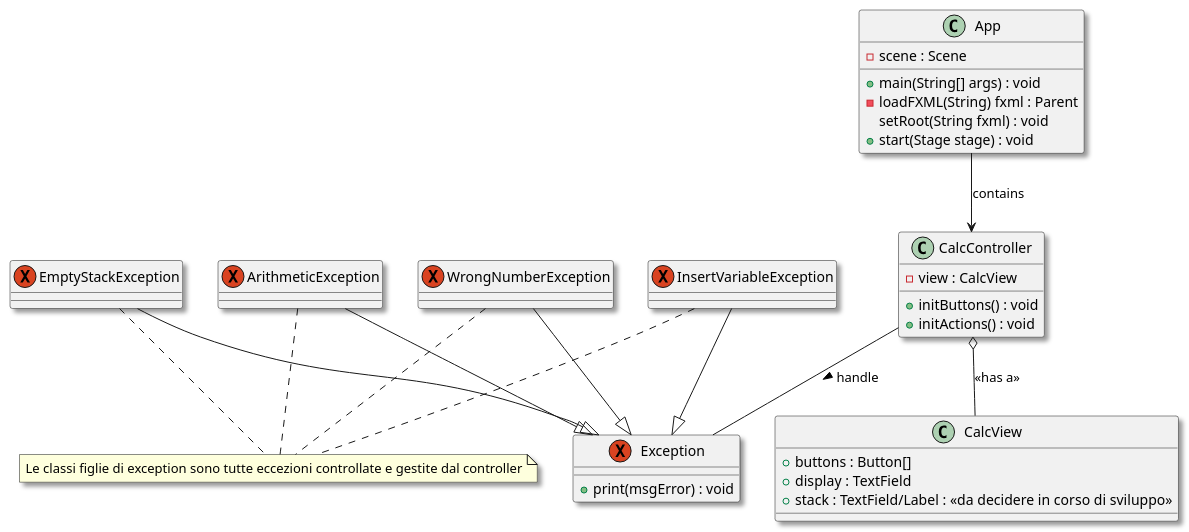
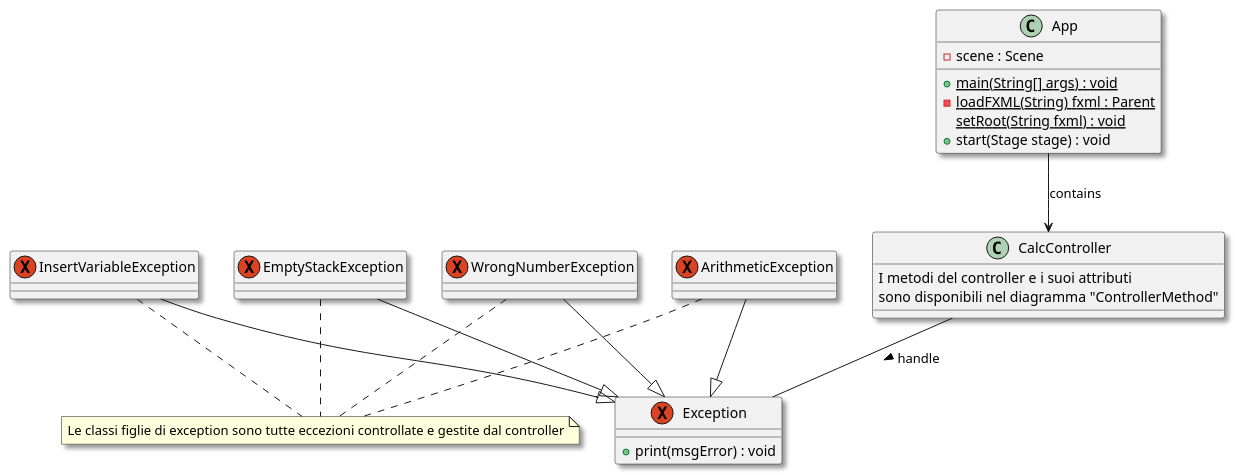
One commit to LuciaNancyLavista/Gruppo06_software_eng_L.I.V.P changed the diagram in CalcolatriceProgrammabile/Diagrams/Class Diagrams/UserInterfaceClassDiagramm.puml. Above: the diagram before and after it, drawn with PlantUML.

Commit message:
Update UserInterfaceClassDiagramm.puml
The diagram was not coherent to the latest version of the code.

```diff
--- a/CalcolatriceProgrammabile/Diagrams/Class Diagrams/UserInterfaceClassDiagramm.puml
+++ b/CalcolatriceProgrammabile/Diagrams/Class Diagrams/UserInterfaceClassDiagramm.puml
@@ -1,58 +1,52 @@
 @startuml CUIClassDiagramm
 skinparam shadowing true 
 
 note "Le classi figlie di exception sono tutte eccezioni controllate e gestite dal controller" as N1
 class App{
     - scene : Scene
-    + main(String[] args) : void
-    - loadFXML(String) fxml : Parent
-      setRoot(String fxml) : void
+    + {static} main(String[] args) : void
+    - {static} loadFXML(String) fxml : Parent
+      {static} setRoot(String fxml) : void
     + start(Stage stage) : void
 }
 
 class CalcController{
-    - view : CalcView
-    + initButtons() : void
-    + initActions() : void 
+I metodi del controller e i suoi attributi 
+sono disponibili nel diagramma "ControllerMethod"
 }
-class CalcView{
-    + buttons : Button[]
-    + display : TextField
-    + stack : TextField/Label : <<da decidere in corso di sviluppo>> 
-}
+
 
 exception Exception{
     + print(msgError) : void
 }
 
 exception EmptyStackException{
 
 }
 
 exception InsertVariableException{
 
 }
 
 exception WrongNumberException{
 
 }
 
 exception ArithmeticException{
 
 }
 
 EmptyStackException --|> Exception
 InsertVariableException --|> Exception
 WrongNumberException --|> Exception
 ArithmeticException --|> Exception
 
 EmptyStackException .. N1
 InsertVariableException .. N1 
 WrongNumberException .. N1
 ArithmeticException .. N1
 
 
 App --> CalcController : contains
 CalcController -- Exception : handle >
-CalcController o-- CalcView : <<has a>>
 @enduml
```
